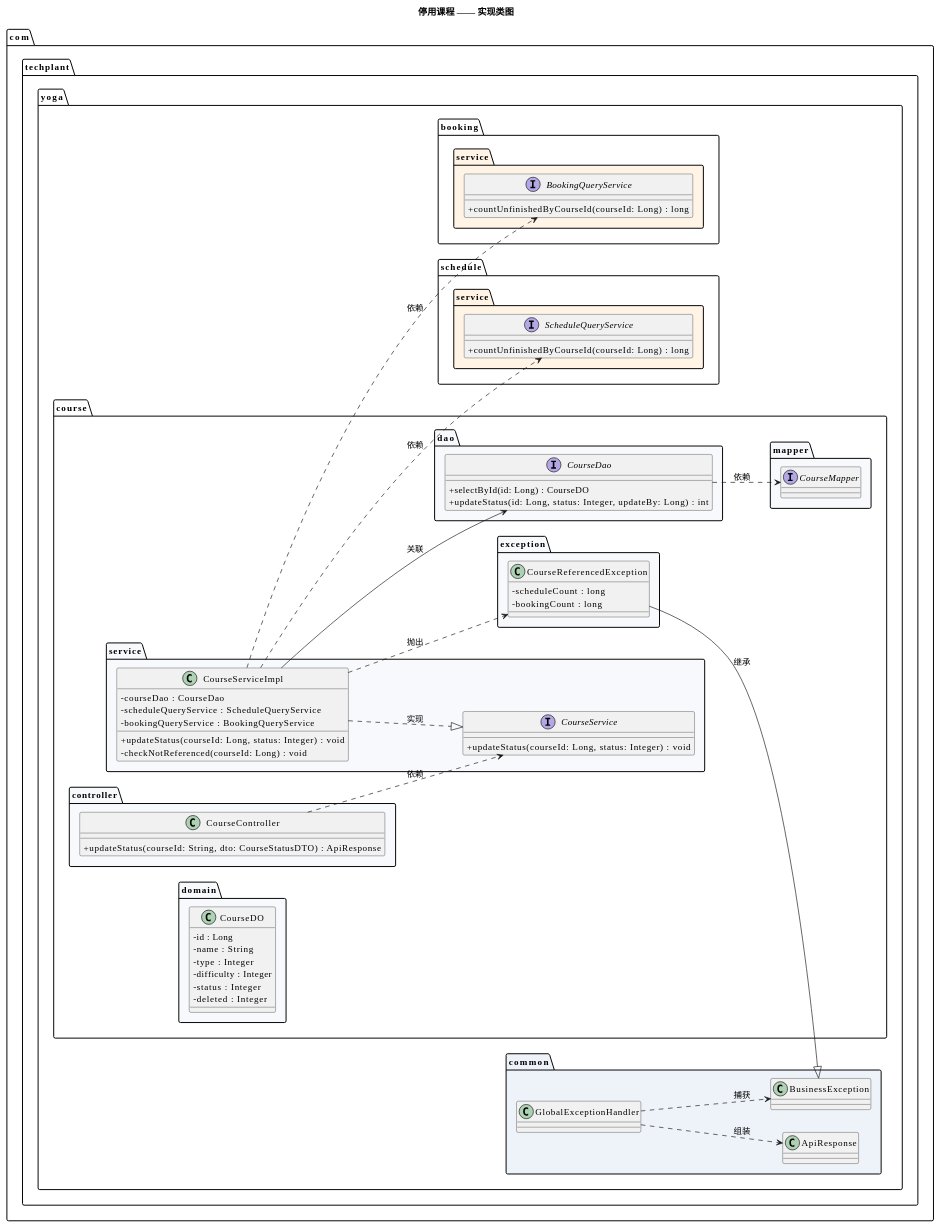
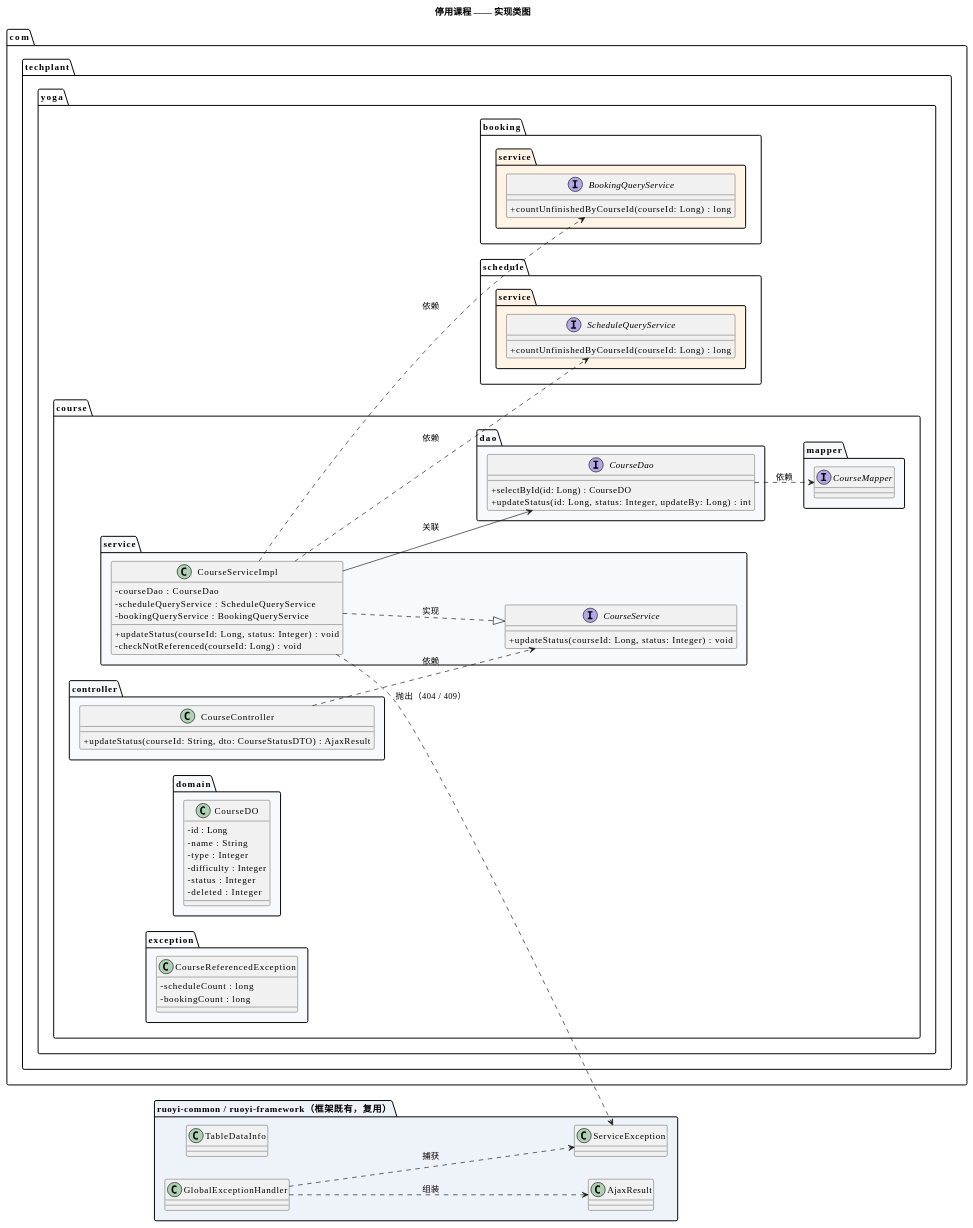
The second of 4 diagrams in docs/详细设计/详细设计.md (duo2530/techplant-yoga), drawn with PlantUML before and after one commit. The commit also changed other lines of this file and 11 other files, not shown here.

First line of the commit message:
refactor(course): 响应体系统一为若依 AjaxResult / TableDataInfo

````diff
--- a/docs/详细设计/详细设计.md
+++ b/docs/详细设计/详细设计.md
@@ -1014,77 +1019,77 @@
 ```plantuml
 @startuml
 title 停用课程 —— 实现类图
 skinparam defaultFontName Microsoft YaHei
 skinparam classAttributeIconSize 0
 left to right direction
 
 package "com.techplant.yoga.course.controller" #F7F9FC {
   class CourseController {
-    + updateStatus(courseId: String, dto: CourseStatusDTO) : ApiResponse
+    + updateStatus(courseId: String, dto: CourseStatusDTO) : AjaxResult
   }
 }
 package "com.techplant.yoga.course.service" #F7F9FC {
   interface CourseService {
     + updateStatus(courseId: Long, status: Integer) : void
   }
   class CourseServiceImpl {
     - courseDao : CourseDao
     - scheduleQueryService : ScheduleQueryService
     - bookingQueryService : BookingQueryService
     + updateStatus(courseId: Long, status: Integer) : void
     - checkNotReferenced(courseId: Long) : void
   }
 }
 package "com.techplant.yoga.course.dao" #F7F9FC {
   interface CourseDao {
     + selectById(id: Long) : CourseDO
     + updateStatus(id: Long, status: Integer, updateBy: Long) : int
   }
 }
 package "com.techplant.yoga.course.mapper" #F7F9FC {
   interface CourseMapper
 }
 package "com.techplant.yoga.course.domain" #F7F9FC {
   class CourseDO {
     - id : Long
     - name : String
     - type : Integer
     - difficulty : Integer
     - status : Integer
     - deleted : Integer
   }
 }
 package "com.techplant.yoga.course.exception" #F7F9FC {
   class CourseReferencedException {
     - scheduleCount : long
     - bookingCount : long
   }
 }
 package "com.techplant.yoga.schedule.service" #FFF4E6 {
   interface ScheduleQueryService {
     + countUnfinishedByCourseId(courseId: Long) : long
   }
 }
 package "com.techplant.yoga.booking.service" #FFF4E6 {
   interface BookingQueryService {
     + countUnfinishedByCourseId(courseId: Long) : long
   }
 }
-package "com.techplant.yoga.common" #EEF3FA {
-  class ApiResponse
-  class BusinessException
+package "ruoyi-common / ruoyi-framework（框架既有，复用）" #EEF3FA {
+  class AjaxResult
+  class TableDataInfo
+  class ServiceException
   class GlobalExceptionHandler
 }
 
 CourseController ..> CourseService : 依赖
 CourseServiceImpl ..|> CourseService : 实现
 CourseServiceImpl --> CourseDao : 关联
 CourseDao ..> CourseMapper : 依赖
 CourseServiceImpl ..> ScheduleQueryService : 依赖
 CourseServiceImpl ..> BookingQueryService : 依赖
-CourseServiceImpl ..> CourseReferencedException : 抛出
-CourseReferencedException --|> BusinessException : 继承
-GlobalExceptionHandler ..> BusinessException : 捕获
-GlobalExceptionHandler ..> ApiResponse : 组装
+CourseServiceImpl ..> ServiceException : 抛出（404 / 409）
+GlobalExceptionHandler ..> ServiceException : 捕获
+GlobalExceptionHandler ..> AjaxResult : 组装
 @enduml
 ```
````
